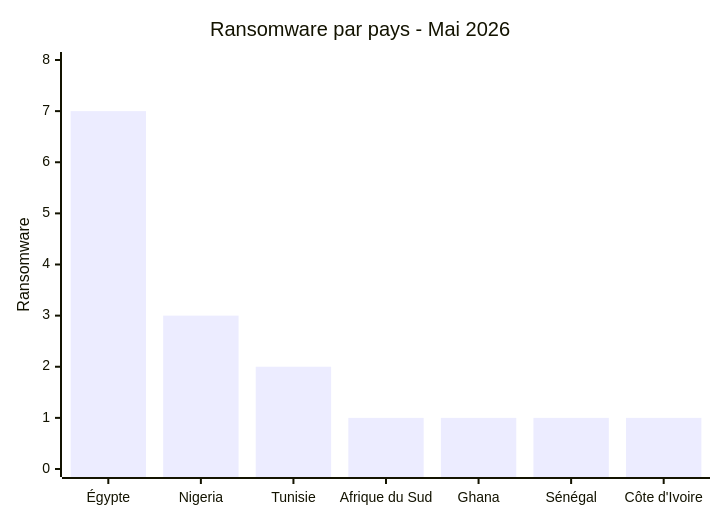
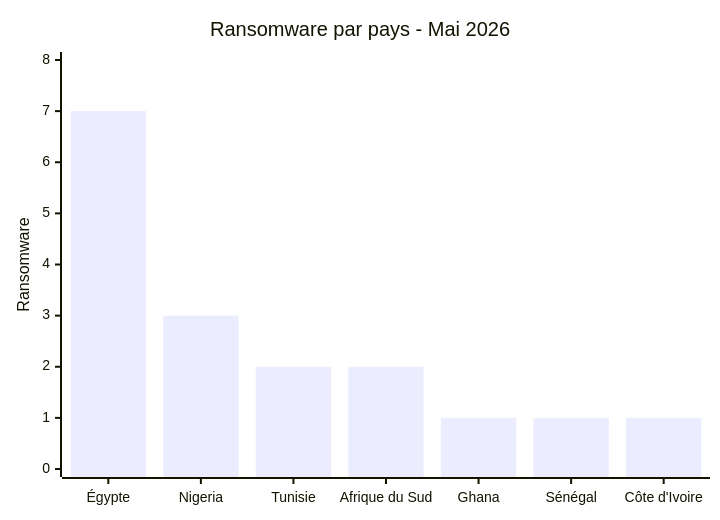
The third of 7 diagrams in statistics/2026/05-may/README_FR.md (Hatchepsoute/AFRINTEL), drawn with Mermaid before and after one commit. The commit also changed other lines of this file and 85 other files, not shown here.

````diff
--- a/statistics/2026/05-may/README_FR.md
+++ b/statistics/2026/05-may/README_FR.md
@@ -145,7 +145,7 @@
 ```mermaid
 xychart-beta
     title "Ransomware par pays - Mai 2026"
     x-axis ["Égypte","Nigeria","Tunisie","Afrique du Sud","Ghana","Sénégal","Côte d'Ivoire"]
     y-axis "Ransomware" 0 --> 8
-    bar [7,3,2,1,1,1,1]
+    bar [7,3,2,2,1,1,1]
 ```
````
